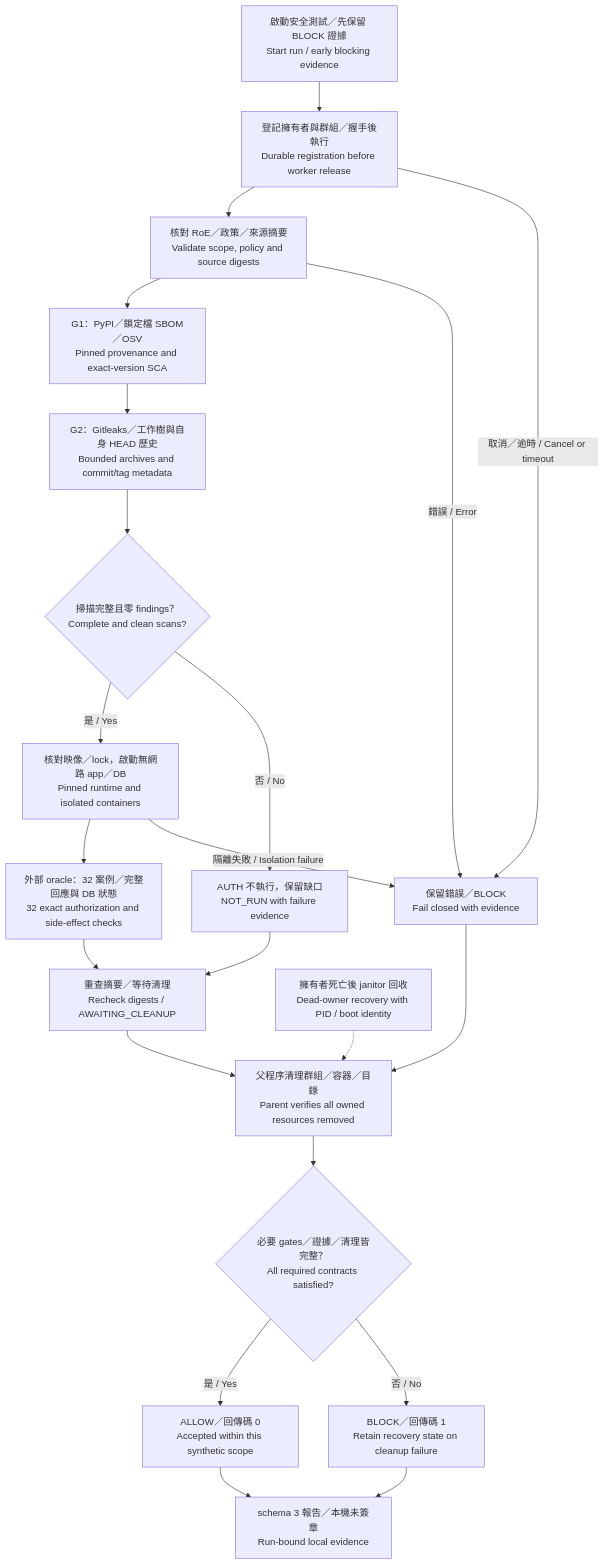
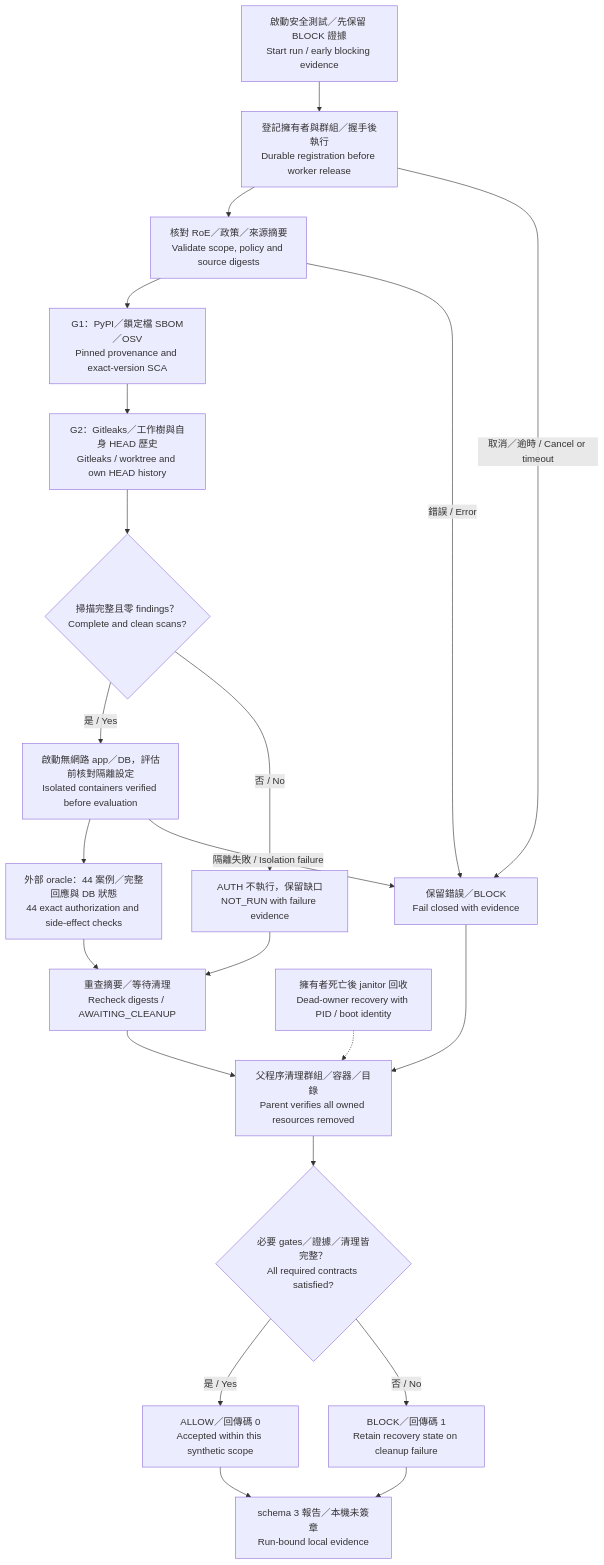
One commit to chinchiang/MultiAgentEpsilon changed the diagram in docs/diagrams/security-flow.mmd. Above: the diagram before and after it, drawn with Mermaid. The commit also changed 42 other files, not shown here.

```diff
--- a/docs/diagrams/security-flow.mmd
+++ b/docs/diagrams/security-flow.mmd
@@ -1,22 +1,22 @@
 flowchart TB
     Start["啟動安全測試／先保留 BLOCK 證據<br/>Start run / early blocking evidence"] --> Parent["登記擁有者與群組／握手後執行<br/>Durable registration before worker release"]
     Parent --> Config["核對 RoE／政策／來源摘要<br/>Validate scope, policy and source digests"]
     Config --> G1["G1：PyPI／鎖定檔 SBOM／OSV<br/>Pinned provenance and exact-version SCA"]
-    G1 --> G2["G2：Gitleaks／工作樹與自身 HEAD 歷史<br/>Bounded archives and commit/tag metadata"]
+    G1 --> G2["G2：Gitleaks／工作樹與自身 HEAD 歷史<br/>Gitleaks / worktree and own HEAD history"]
     G2 --> Ready{"掃描完整且零 findings？<br/>Complete and clean scans?"}
-    Ready -->|"是 / Yes"| Runtime["核對映像／lock，啟動無網路 app／DB<br/>Pinned runtime and isolated containers"]
+    Ready -->|"是 / Yes"| Runtime["啟動無網路 app／DB，評估前核對隔離設定<br/>Isolated containers verified before evaluation"]
     Ready -->|"否 / No"| Skip["AUTH 不執行，保留缺口<br/>NOT_RUN with failure evidence"]
-    Runtime --> Auth["外部 oracle：32 案例／完整回應與 DB 狀態<br/>32 exact authorization and side-effect checks"]
+    Runtime --> Auth["外部 oracle：44 案例／完整回應與 DB 狀態<br/>44 exact authorization and side-effect checks"]
     Auth --> Pending["重查摘要／等待清理<br/>Recheck digests / AWAITING_CLEANUP"]
     Skip --> Pending
     Config -->|"錯誤 / Error"| Error["保留錯誤／BLOCK<br/>Fail closed with evidence"]
     Runtime -->|"隔離失敗 / Isolation failure"| Error
     Parent -->|"取消／逾時 / Cancel or timeout"| Error
     Pending --> Cleanup["父程序清理群組／容器／目錄<br/>Parent verifies all owned resources removed"]
     Error --> Cleanup
     Recovery["擁有者死亡後 janitor 回收<br/>Dead-owner recovery with PID / boot identity"] -.-> Cleanup
     Cleanup --> Eligible{"必要 gates／證據／清理皆完整？<br/>All required contracts satisfied?"}
     Eligible -->|"是 / Yes"| Allow["ALLOW／回傳碼 0<br/>Accepted within this synthetic scope"]
     Eligible -->|"否 / No"| Block["BLOCK／回傳碼 1<br/>Retain recovery state on cleanup failure"]
     Allow --> Report["schema 3 報告／本機未簽章<br/>Run-bound local evidence"]
     Block --> Report
```
